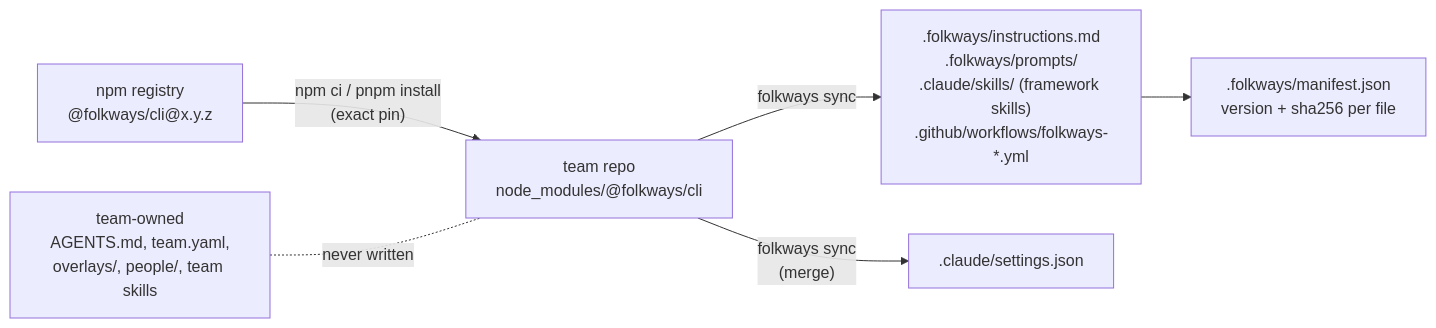
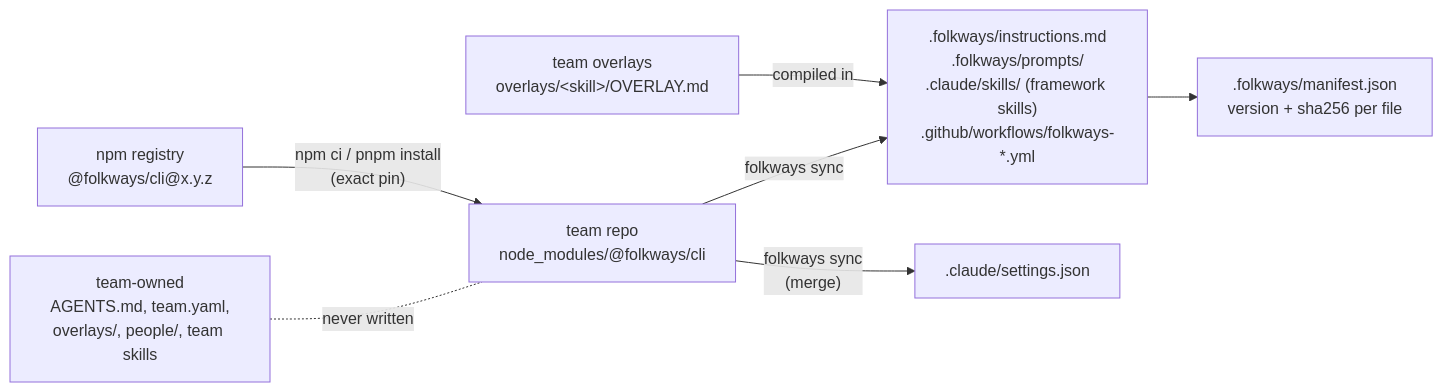
Before and after one commit to sumsolution/folkways: the diagram in docs/guide/how-it-works.md, drawn with Mermaid. The commit also changed other lines of this file and 5 other files, not shown here.

Commit message:
docs: update guide for compiled overlays and shipped skills

````diff
--- a/docs/guide/how-it-works.md
+++ b/docs/guide/how-it-works.md
@@ -21,8 +21,9 @@
 ```mermaid
 flowchart LR
   npm["npm registry<br/>@folkways/cli@x.y.z"] -->|"npm ci / pnpm install<br/>(exact pin)"| nm["team repo<br/>node_modules/@folkways/cli"]
+  ov["team overlays<br/>overlays/&lt;skill&gt;/OVERLAY.md"] -->|"compiled in"| synced
   nm -->|"folkways sync"| synced[".folkways/instructions.md<br/>.folkways/prompts/<br/>.claude/skills/ (framework skills)<br/>.github/workflows/folkways-*.yml"]
   nm -->|"folkways sync<br/>(merge)"| settings[".claude/settings.json"]
   synced --> manifest[".folkways/manifest.json<br/>version + sha256 per file"]
   team["team-owned<br/>AGENTS.md, team.yaml,<br/>overlays/, people/, team skills"] -. never written .- nm
 ```
````
